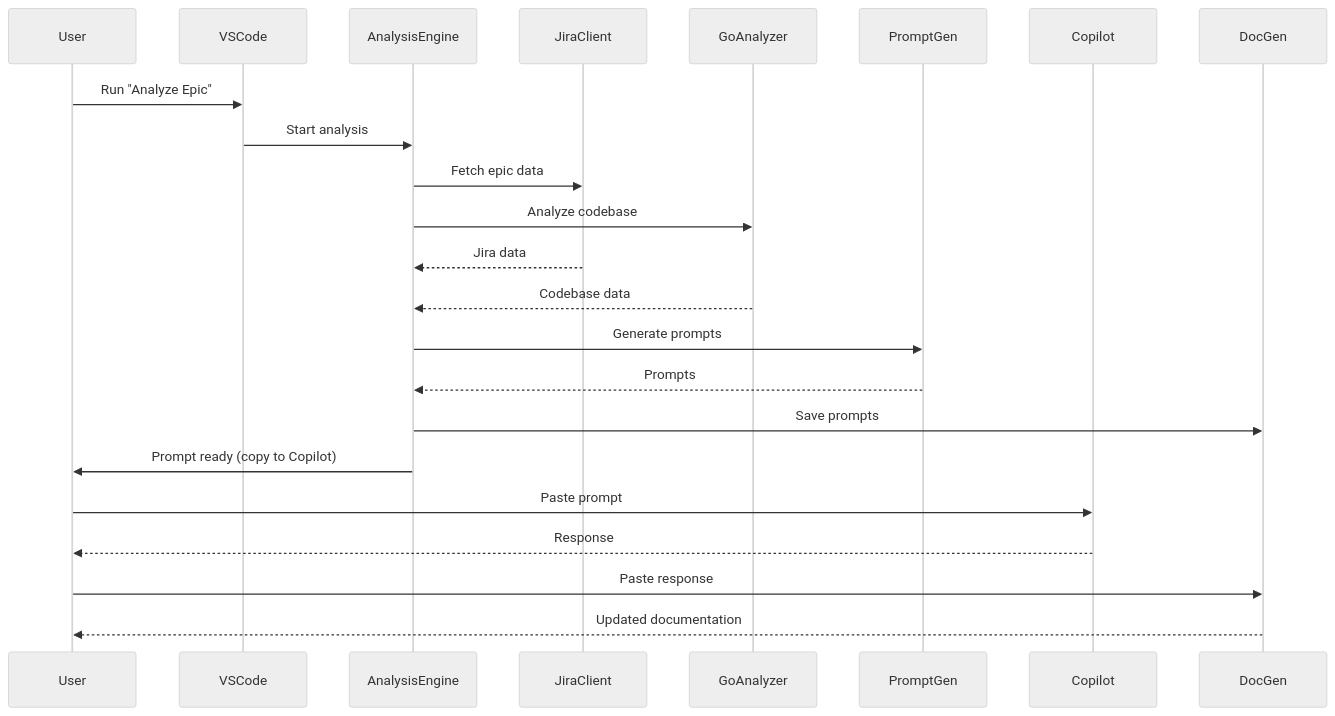
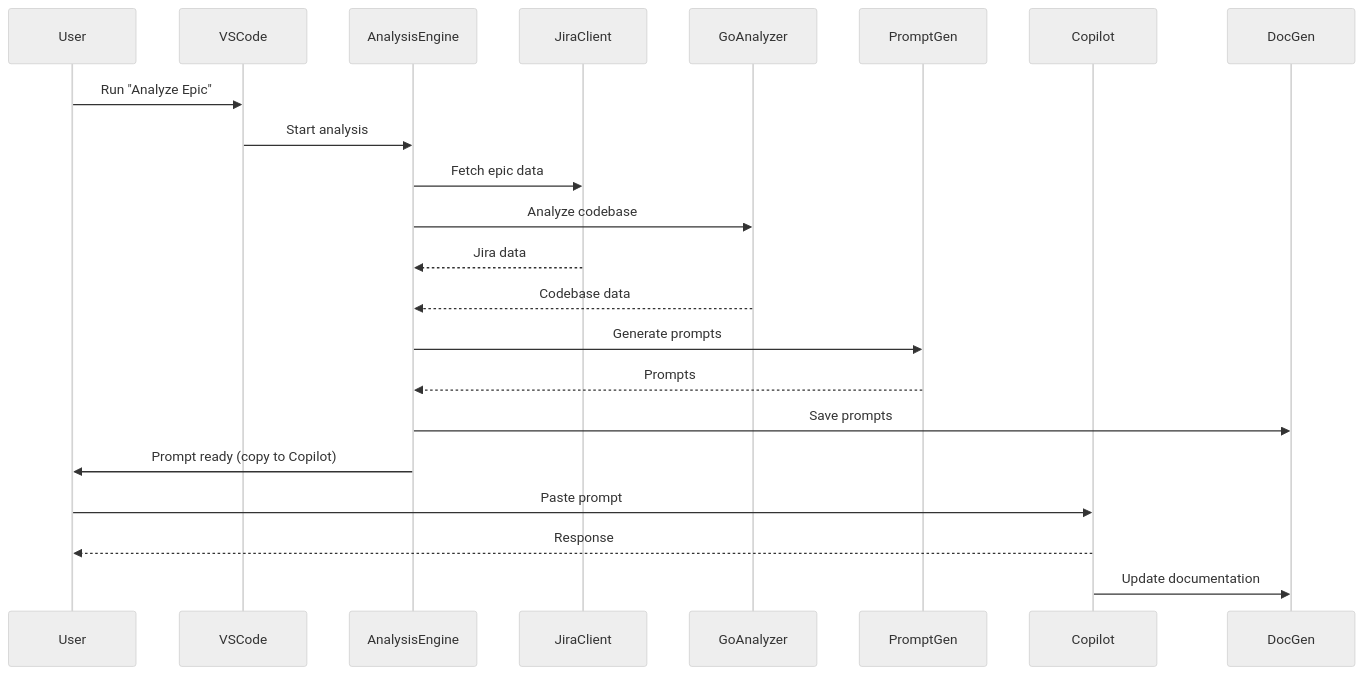
One commit to Srinidhi94/Product-Owner-AI-Agent changed the third of 4 diagrams in docs/ARCHITECTURE.md. Above: the diagram before and after it, drawn with Mermaid (neutral theme). The commit also changed other lines of this file, not shown here.

Commit message:
Fixed the issues with diagrams in docs

````diff
--- a/docs/ARCHITECTURE.md
+++ b/docs/ARCHITECTURE.md
@@ -62,26 +62,25 @@
 ```mermaid
 sequenceDiagram
     participant User
     participant VSCode
     participant AnalysisEngine
     participant JiraClient
     participant GoAnalyzer
     participant PromptGen
     participant Copilot
     participant DocGen
 
     User->>VSCode: Run "Analyze Epic"
     VSCode->>AnalysisEngine: Start analysis
     AnalysisEngine->>JiraClient: Fetch epic data
     AnalysisEngine->>GoAnalyzer: Analyze codebase
     JiraClient-->>AnalysisEngine: Jira data
     GoAnalyzer-->>AnalysisEngine: Codebase data
     AnalysisEngine->>PromptGen: Generate prompts
     PromptGen-->>AnalysisEngine: Prompts
     AnalysisEngine->>DocGen: Save prompts
     AnalysisEngine->>User: Prompt ready (copy to Copilot)
     User->>Copilot: Paste prompt
     Copilot-->>User: Response
-    User->>DocGen: Paste response
-    DocGen-->>User: Updated documentation
+    Copilot->>DocGen: Update documentation
 ```
````
